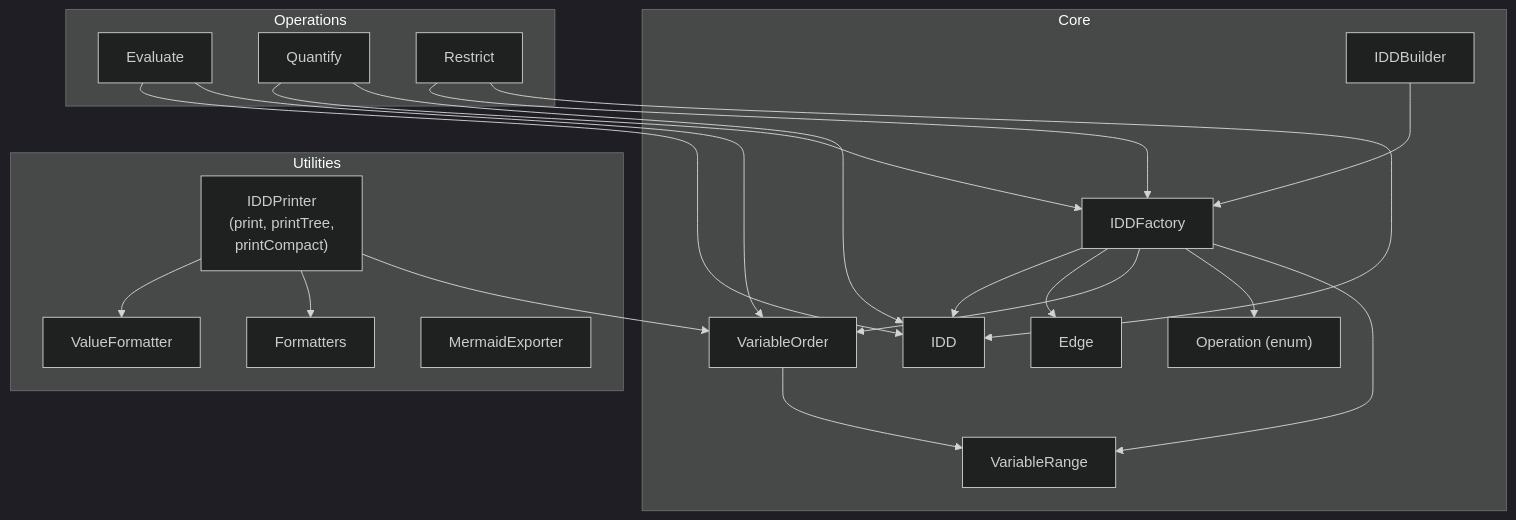
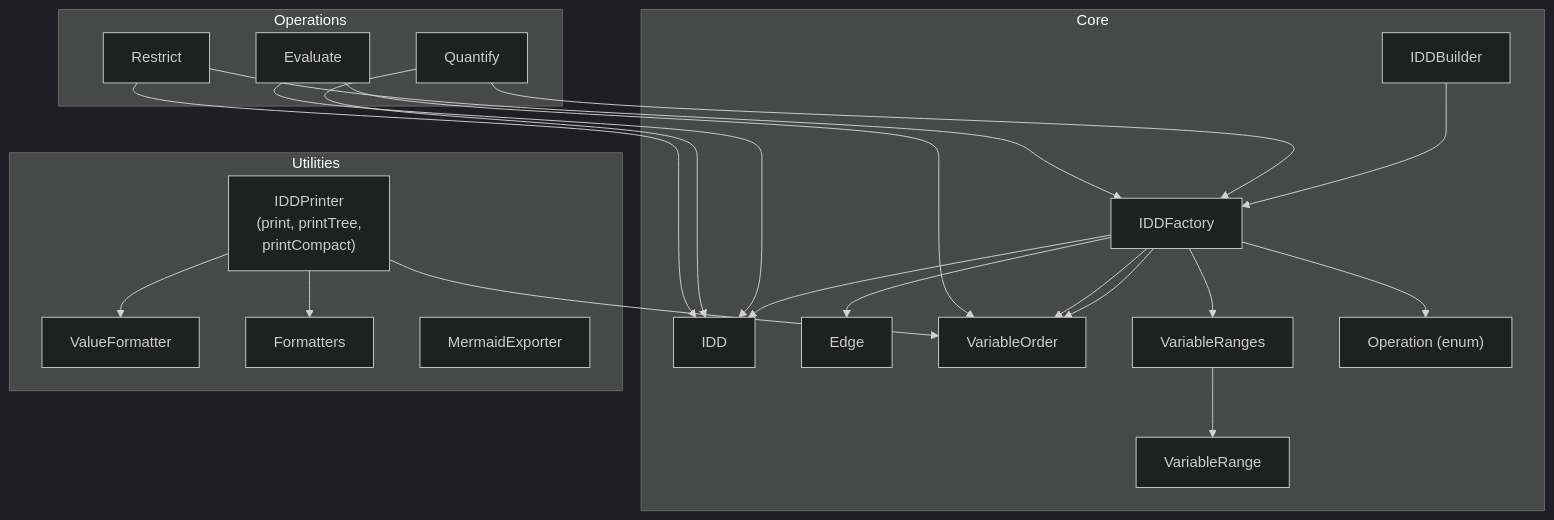
Before and after one commit to SnakeSolid/java-iddlite: the first of 2 diagrams in docs/architecture.md, drawn with Mermaid (dark theme). The commit also changed other lines of this file and 4 other files, not shown here.

````diff
--- a/docs/architecture.md
+++ b/docs/architecture.md
@@ -23,45 +23,47 @@
 ```mermaid
 graph TD
     subgraph Core
         IDD["IDD"]
         Edge["Edge"]
         IDDFactory["IDDFactory"]
         IDDBuilder["IDDBuilder"]
         VariableOrder["VariableOrder"]
+        VariableRanges["VariableRanges"]
         VariableRange["VariableRange"]
         Operation["Operation (enum)"]
     end
 
     subgraph Operations
         Evaluate["Evaluate"]
         Quantify["Quantify"]
         Restrict["Restrict"]
     end
 
     subgraph Utilities
         VariableRange["VariableRange"]
         ValueFormatter["ValueFormatter"]
         Formatters["Formatters"]
         MermaidExporter["MermaidExporter"]
         IDDPrinter["IDDPrinter\n(print, printTree,\nprintCompact)"]
     end
 
     IDDBuilder --> IDDFactory
     IDDFactory --> IDD
     IDDFactory --> Edge
     IDDFactory --> VariableOrder
     IDDFactory --> Operation
-    VariableOrder --> VariableRange
-    IDDFactory --> VariableRange
+    IDDFactory --> VariableOrder
+    IDDFactory --> VariableRanges
+    VariableRanges --> VariableRange
 
     IDDPrinter --> ValueFormatter
     IDDPrinter --> Formatters
     IDDPrinter --> VariableOrder
 
     Evaluate --> IDD
     Evaluate --> VariableOrder
     Quantify --> IDDFactory
     Quantify --> IDD
     Restrict --> IDDFactory
     Restrict --> IDD
 ```
````
